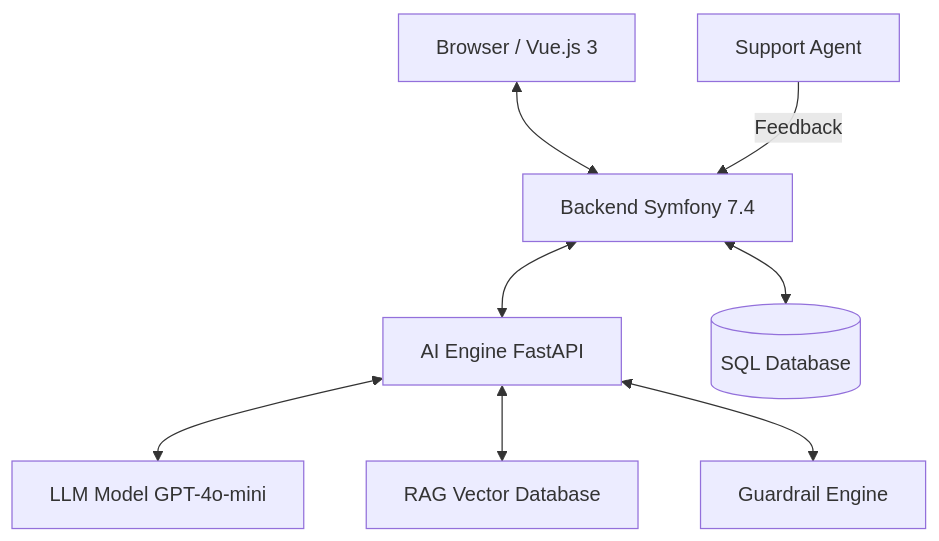
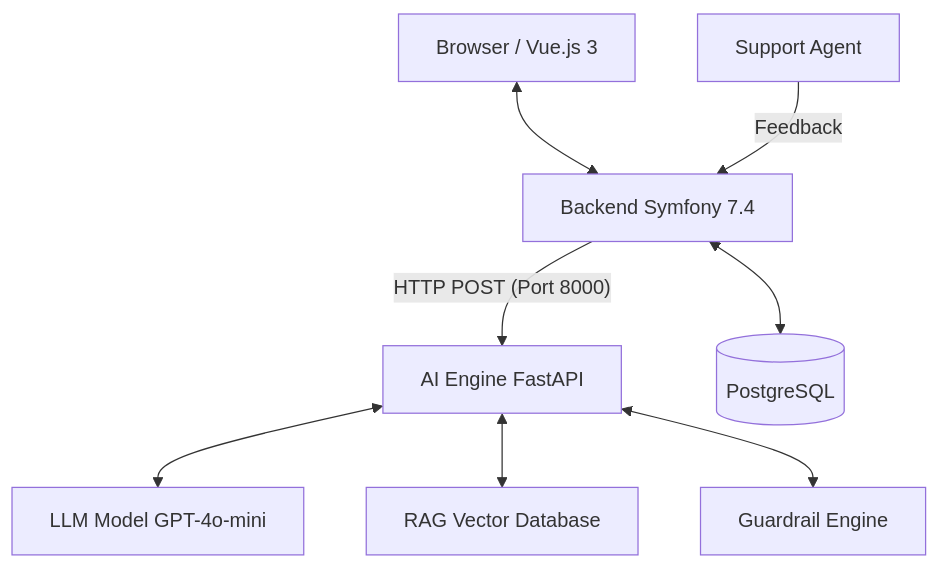
The diagram in README.md (buba71/ai-support-copilot), drawn with Mermaid before and after one commit. The commit also changed other lines of this file, not shown here.

````diff
--- a/README.md
+++ b/README.md
@@ -11,10 +11,10 @@
 ```mermaid
 graph TD
     Client[Browser / Vue.js 3] <--> Symfony[Backend Symfony 7.4]
-    Symfony <--> FastAPI[AI Engine FastAPI]
+    Symfony -- "HTTP POST (Port 8000)" --> FastAPI[AI Engine FastAPI]
     FastAPI <--> LLM[LLM Model GPT-4o-mini]
     FastAPI <--> ChromaDB[RAG Vector Database]
     FastAPI <--> Guardrails[Guardrail Engine]
-    Symfony <--> DB[(SQL Database)]
+    Symfony <--> DB[(PostgreSQL)]
     Agent[Support Agent] -- Feedback --> Symfony
 ```
````
